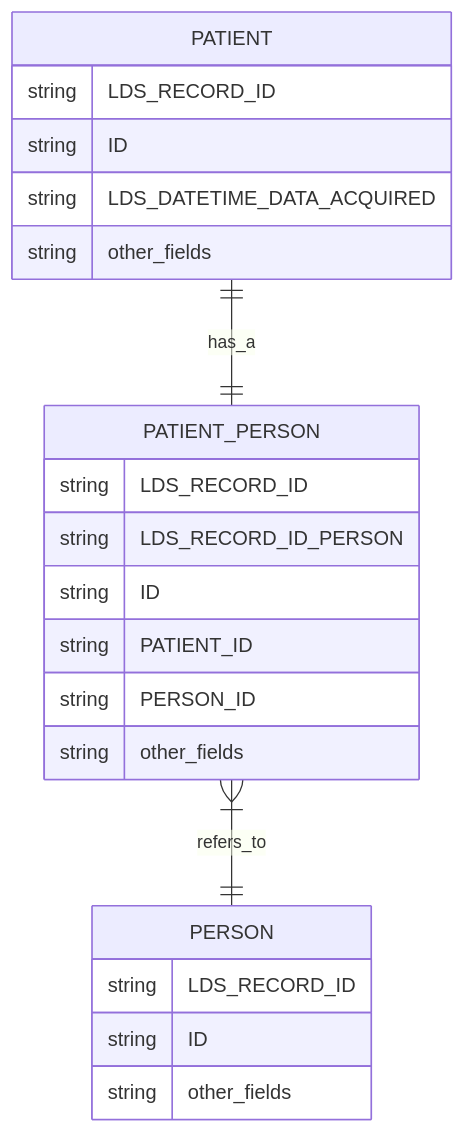
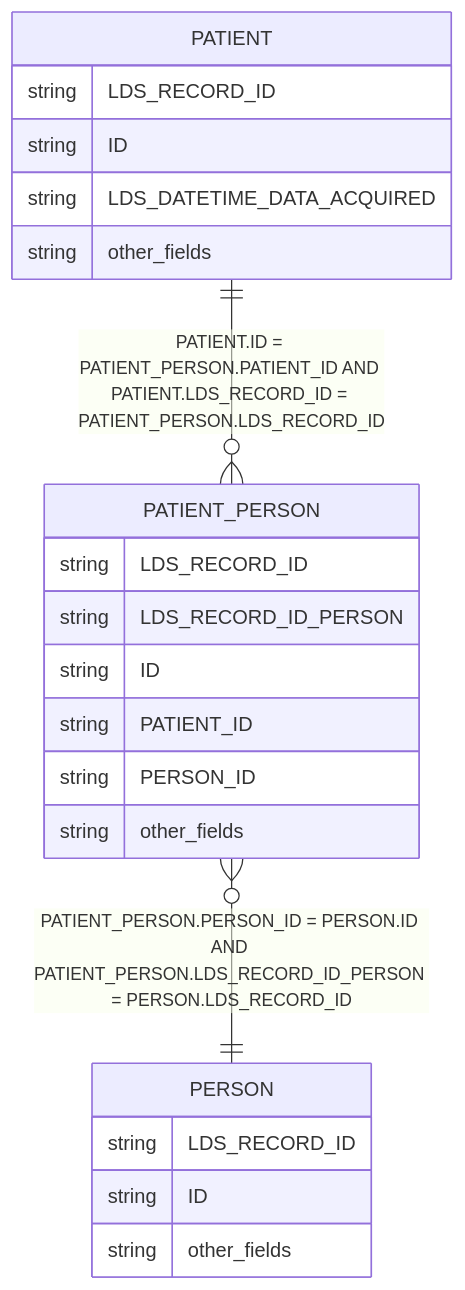
Before and after one commit to NHSISL/Datasets: the diagram in OLIDS/Documentation/Source-transforms/patient-to-person.md, drawn with Mermaid. The commit also changed other lines of this file, not shown here.

````diff
--- a/OLIDS/Documentation/Source-transforms/patient-to-person.md
+++ b/OLIDS/Documentation/Source-transforms/patient-to-person.md
@@ -121,24 +128,24 @@
 ```mermaid
 erDiagram
-PATIENT ||--|| PATIENT_PERSON: has_a
+PATIENT ||--o{ PATIENT_PERSON: "PATIENT.ID = PATIENT_PERSON.PATIENT_ID AND PATIENT.LDS_RECORD_ID = PATIENT_PERSON.LDS_RECORD_ID"
 PATIENT {
     string LDS_RECORD_ID
     string ID
     string LDS_DATETIME_DATA_ACQUIRED
     string other_fields
 }
 PATIENT_PERSON {
     string LDS_RECORD_ID
     string LDS_RECORD_ID_PERSON
     string ID
     string PATIENT_ID
     string PERSON_ID
     string other_fields
 }
-PATIENT_PERSON }|--|| PERSON: refers_to
+PATIENT_PERSON }o--|| PERSON: "PATIENT_PERSON.PERSON_ID = PERSON.ID AND PATIENT_PERSON.LDS_RECORD_ID_PERSON = PERSON.LDS_RECORD_ID"
 PERSON {
     string LDS_RECORD_ID
     string ID
     string other_fields
 }
 ```
````
